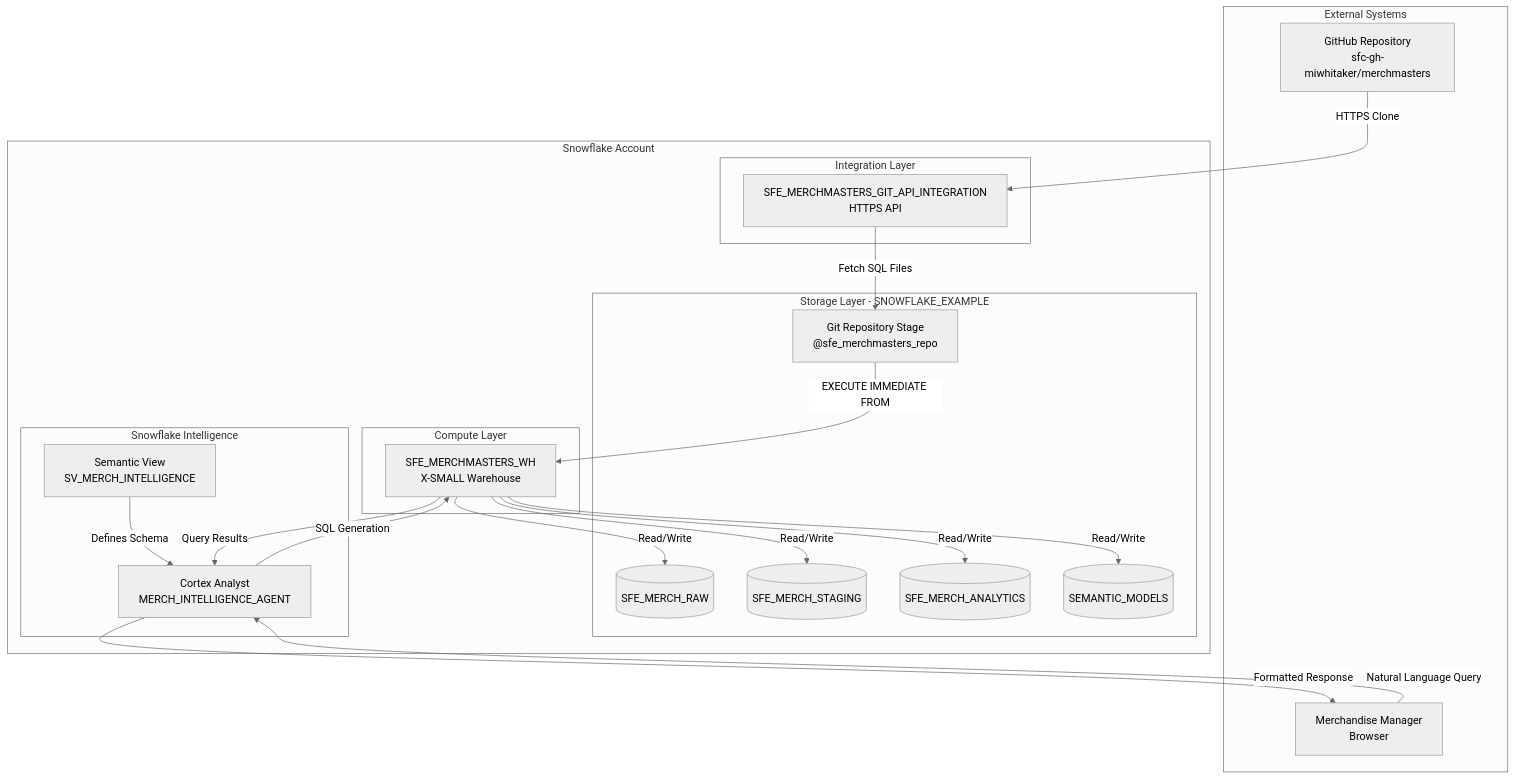
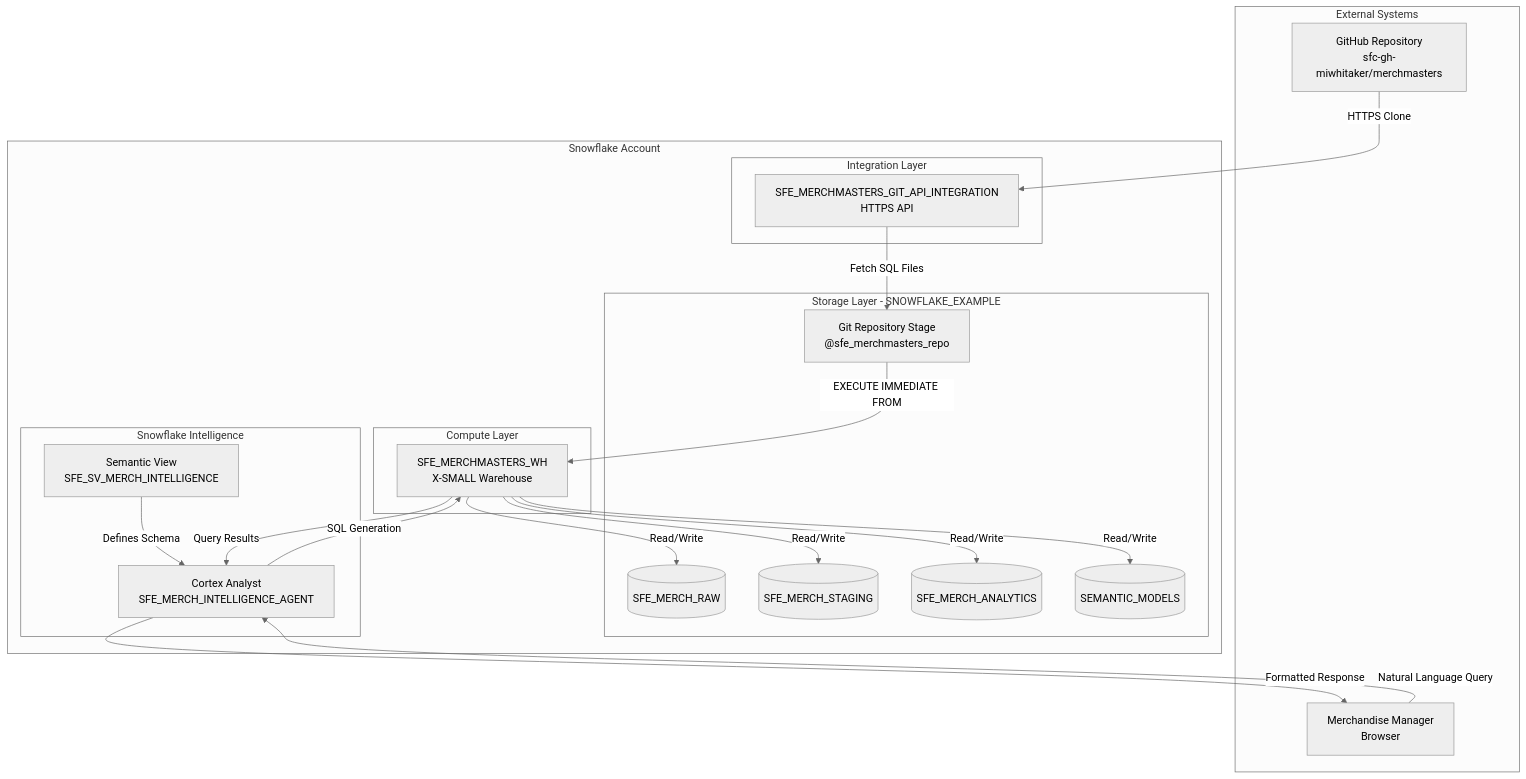
The diagram in diagrams/network-flow.md (sfc-gh-miwhitaker/merchmasters), drawn with Mermaid (neutral theme) before and after one commit. The commit also changed other lines of this file and 10 other files, not shown here.

Commit message:
Update semantic view and agent names in SQL scripts and documentation to include the 'SFE_' prefix for consistency. Adjusted references across multiple files, including deployment, usage, and cleanup scripts, to reflect the new naming convention.

````diff
--- a/diagrams/network-flow.md
+++ b/diagrams/network-flow.md
@@ -16,40 +16,40 @@
 ```mermaid
 flowchart TB
     subgraph External["External Systems"]
         GH[GitHub Repository<br/>sfc-gh-miwhitaker/merchmasters]
         USER[Merchandise Manager<br/>Browser]
     end
     
     subgraph Snowflake["Snowflake Account"]
         subgraph Compute["Compute Layer"]
             WH[SFE_MERCHMASTERS_WH<br/>X-SMALL Warehouse]
         end
         
         subgraph Storage["Storage Layer - SNOWFLAKE_EXAMPLE"]
             GIT[Git Repository Stage<br/>@sfe_merchmasters_repo]
             RAW[(SFE_MERCH_RAW)]
             STG[(SFE_MERCH_STAGING)]
             ANA[(SFE_MERCH_ANALYTICS)]
             SEM[(SEMANTIC_MODELS)]
         end
         
         subgraph Intelligence["Snowflake Intelligence"]
-            CA[Cortex Analyst<br/>MERCH_INTELLIGENCE_AGENT]
-            SV[Semantic View<br/>SV_MERCH_INTELLIGENCE]
+            CA[Cortex Analyst<br/>SFE_MERCH_INTELLIGENCE_AGENT]
+            SV[Semantic View<br/>SFE_SV_MERCH_INTELLIGENCE]
         end
         
         subgraph Integration["Integration Layer"]
             API[SFE_MERCHMASTERS_GIT_API_INTEGRATION<br/>HTTPS API]
         end
     end
     
     GH -->|HTTPS Clone| API
     API -->|Fetch SQL Files| GIT
     GIT -->|EXECUTE IMMEDIATE FROM| WH
     WH -->|Read/Write| RAW & STG & ANA & SEM
     SV -->|Defines Schema| CA
     USER -->|Natural Language Query| CA
     CA -->|SQL Generation| WH
     WH -->|Query Results| CA
     CA -->|Formatted Response| USER
 ```
````
